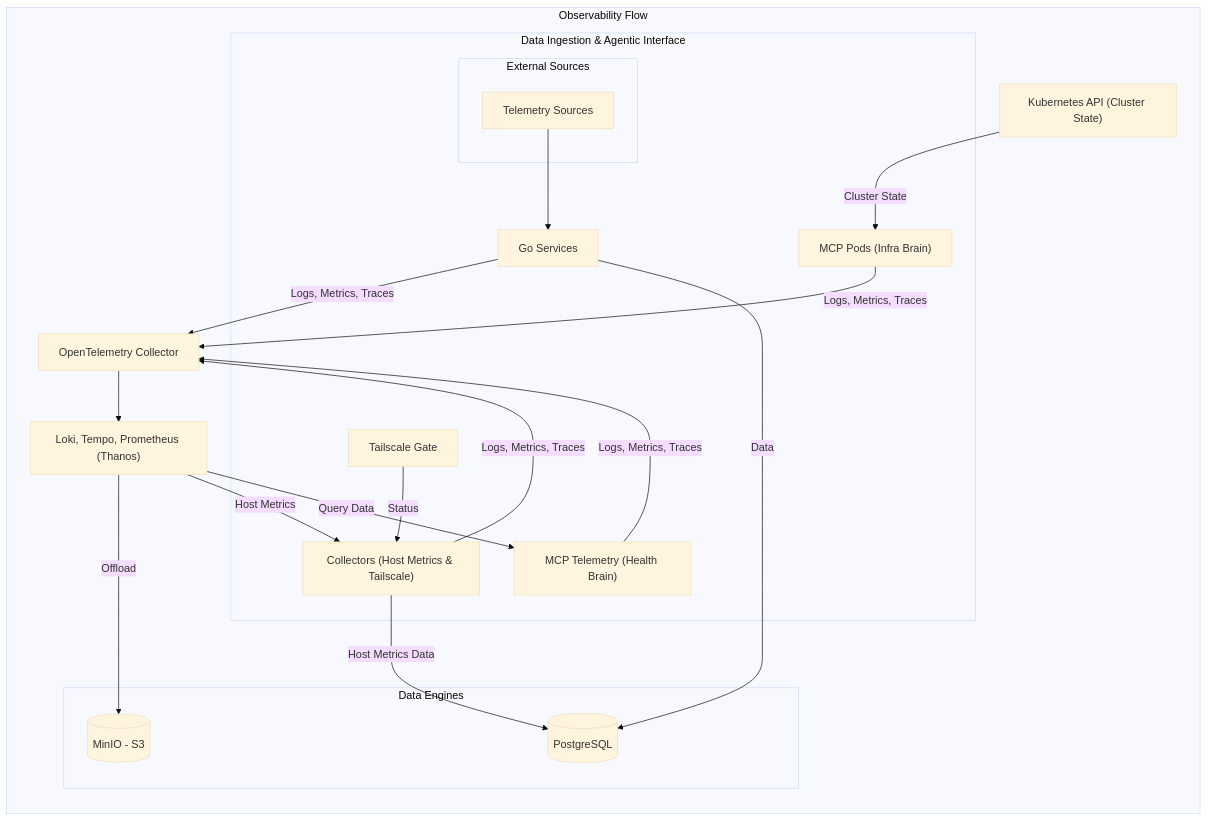
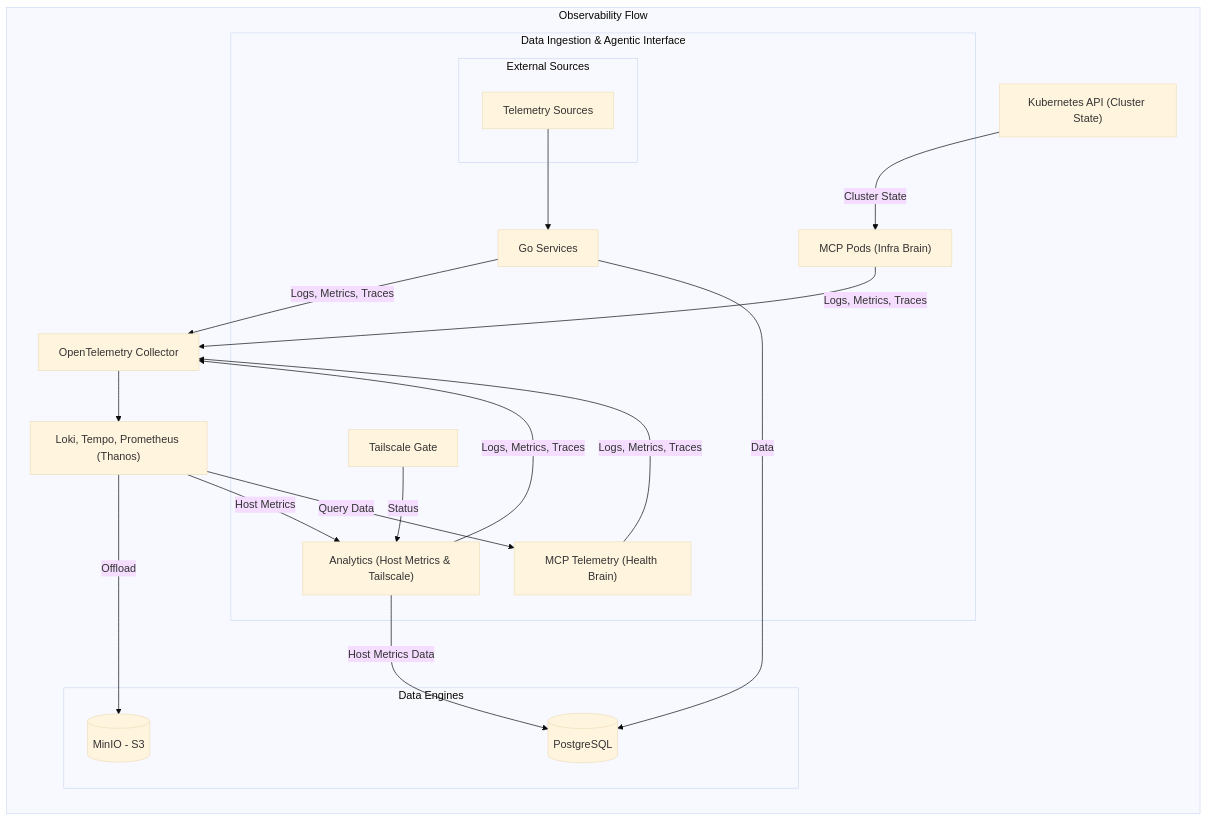
The diagram in docs/architecture/core-concepts/observability.md (victoriacheng15/observability-hub), drawn with Mermaid (base theme) before and after one commit. The commit also changed other lines of this file and 13 other files, not shown here.

````diff
--- a/docs/architecture/core-concepts/observability.md
+++ b/docs/architecture/core-concepts/observability.md
@@ -7,46 +7,46 @@
 ```mermaid
 flowchart TB
     subgraph ObservabilityFlow ["Observability Flow"]
         direction TB
         subgraph Logic ["Data Ingestion & Agentic Interface"]
             subgraph ExternalSources ["External Sources"]
                 External["Telemetry Sources"]
             end
 
             GoApps["Go Services"]
             MCP_Tele["MCP Telemetry (Health Brain)"]
             MCP_Pods["MCP Pods (Infra Brain)"]
-            Collectors["Collectors (Host Metrics & Tailscale)"]
+            Analytics["Analytics (Host Metrics & Tailscale)"]
             Gate[Tailscale Gate]
         end
 
         K8S["Kubernetes API (Cluster State)"]
         OTEL[OpenTelemetry Collector]
 
         Observability["Loki, Tempo, Prometheus (Thanos)"]
         subgraph Storage ["Data Engines"]
             PG[(PostgreSQL)]
             S3[(MinIO - S3)]
         end
     end
 
     %% Data Pipeline Connections
     External --> GoApps
     
     %% Domain-Isolated MCP Paths
     Observability -- "Query Data" --> MCP_Tele
     K8S -- "Cluster State" --> MCP_Pods
 
     %% Telemetry & Storage Connections
-    Observability -- "Host Metrics" --> Collectors
-    Gate -- "Status" --> Collectors
-    Collectors -- "Host Metrics Data" --> PG
+    Observability -- "Host Metrics" --> Analytics
+    Gate -- "Status" --> Analytics
+    Analytics -- "Host Metrics Data" --> PG
     GoApps -- Data --> PG
 
     %% Telemetry Pipeline (OTLP)
-    GoApps & MCP_Tele & MCP_Pods & Collectors -- "Logs, Metrics, Traces" --> OTEL
+    GoApps & MCP_Tele & MCP_Pods & Analytics -- "Logs, Metrics, Traces" --> OTEL
     
     OTEL --> Observability
     
     Observability -- "Offload" --> S3
 ```
````
